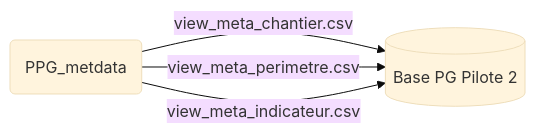
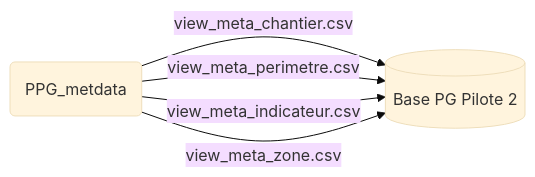
One commit to DITP-pilotage/pilote-2 changed the second of 4 diagrams in data/README.md. Above: the diagram before and after it, drawn with Mermaid (base theme). The commit also changed other lines of this file, not shown here.

Commit message:
docs: ajout du pipeline metadata_zone au readme (76)

````diff
--- a/data/README.md
+++ b/data/README.md
@@ -182,6 +182,7 @@
 ``` mermaid
 graph LR
 PPG(PPG_metdata) --> |view_meta_chantier.csv| PG[(Base PG Pilote 2)]
 PPG --> |view_meta_perimetre.csv| PG
 PPG --> |view_meta_indicateur.csv| PG
+PPG --> |view_meta_zone.csv| PG
 ```
````
